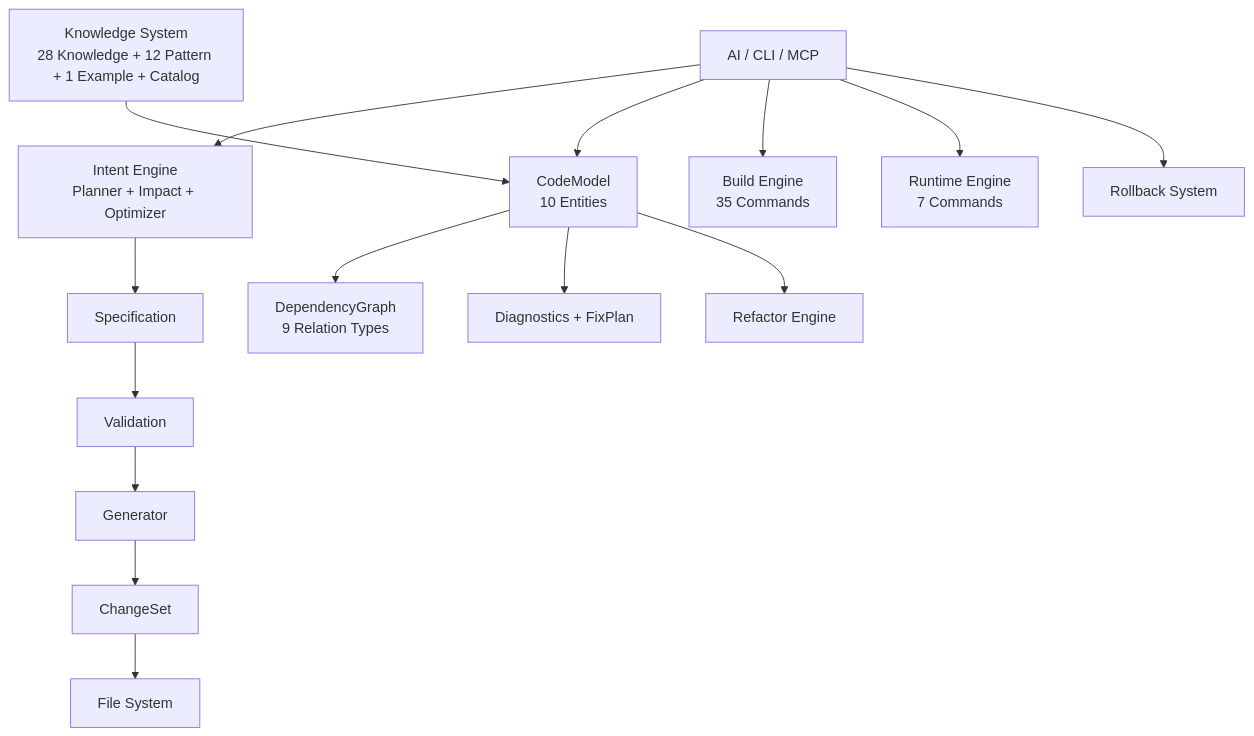
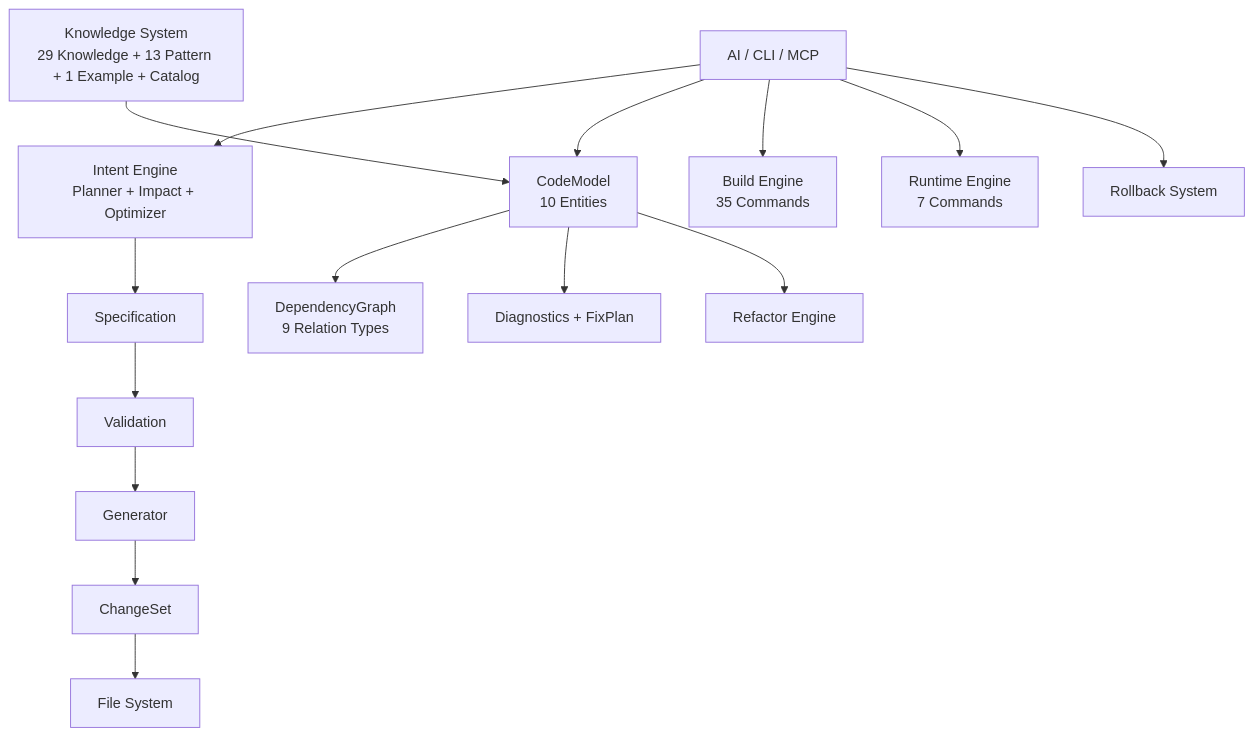
Before and after one commit to chenlei-gh/CADE: the diagram in README.md, drawn with Mermaid. The commit also changed other lines of this file and 4 other files, not shown here.

Commit message:
Sync all knowledge counts: 28→29K, 12→13P, 41→43 total across README/SKILL/WIKI/Architecture/tests

````diff
--- a/README.md
+++ b/README.md
@@ -235,20 +235,20 @@
 ```mermaid
 graph TD
     A[AI / CLI / MCP] --> P[Intent Engine<br/>Planner + Impact + Optimizer]
     P --> B[Specification]
     B --> C[Validation]
     C --> D[Generator]
     D --> E[ChangeSet]
     E --> F[File System]
 
     A --> G[CodeModel<br/>10 Entities]
     G --> H[DependencyGraph<br/>9 Relation Types]
     G --> I[Diagnostics + FixPlan]
     G --> J[Refactor Engine]
 
     A --> K[Build Engine<br/>35 Commands]
     A --> L[Runtime Engine<br/>7 Commands]
     A --> M[Rollback System]
 
-    N[Knowledge System<br/>28 Knowledge + 12 Pattern + 1 Example + Catalog] --> G
+    N[Knowledge System<br/>29 Knowledge + 13 Pattern + 1 Example + Catalog] --> G
 ```
````
